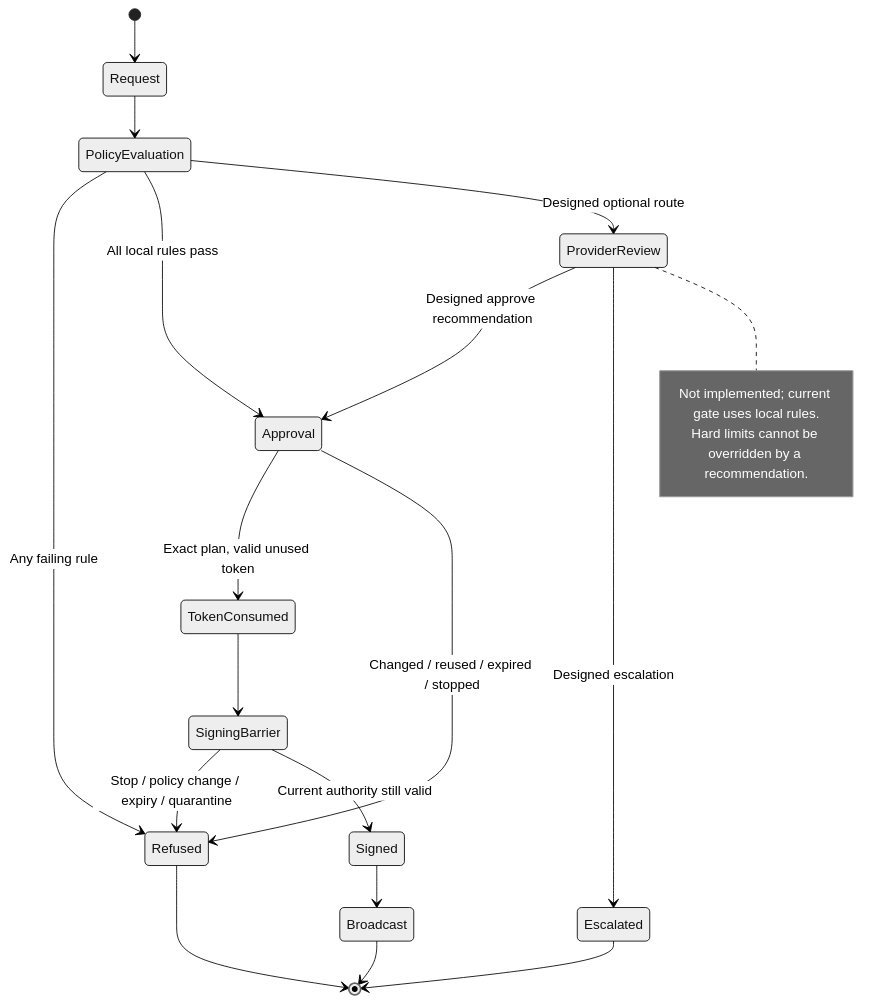
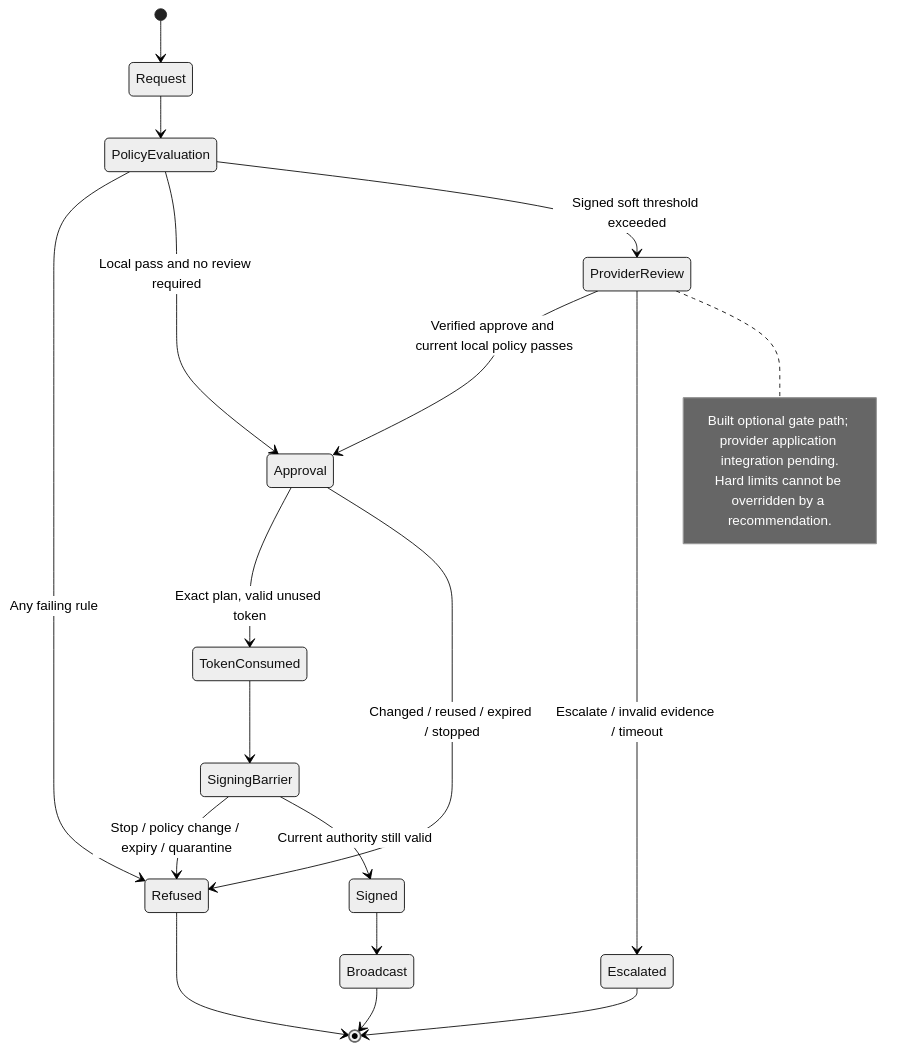
Before and after one commit to AmirMFarhang/Sealwatch: the third of 3 diagrams in README.md, drawn with Mermaid (neutral theme). The commit also changed other lines of this file and 2 other files, not shown here.

Commit message:
Record independently checked software screening receipt and agent review scope

````diff
--- a/README.md
+++ b/README.md
@@ -130,23 +130,23 @@
 ```mermaid
 stateDiagram-v2
     [*] --> Request
     Request --> PolicyEvaluation
     PolicyEvaluation --> Refused: Any failing rule
-    PolicyEvaluation --> Approval: All local rules pass
-    PolicyEvaluation --> ProviderReview: Designed optional route
-    ProviderReview --> Approval: Designed approve recommendation
-    ProviderReview --> Escalated: Designed escalation
+    PolicyEvaluation --> Approval: Local pass and no review required
+    PolicyEvaluation --> ProviderReview: Signed soft threshold exceeded
+    ProviderReview --> Approval: Verified approve and current local policy passes
+    ProviderReview --> Escalated: Escalate / invalid evidence / timeout
     note right of ProviderReview
-      Not implemented; current gate uses local rules.
+      Built optional gate path; provider application integration pending.
       Hard limits cannot be overridden by a recommendation.
     end note
     Approval --> TokenConsumed: Exact plan, valid unused token
     Approval --> Refused: Changed / reused / expired / stopped
     TokenConsumed --> SigningBarrier
     SigningBarrier --> Refused: Stop / policy change / expiry / quarantine
     SigningBarrier --> Signed: Current authority still valid
     Signed --> Broadcast
     Refused --> [*]
     Escalated --> [*]
     Broadcast --> [*]
 ```
````
